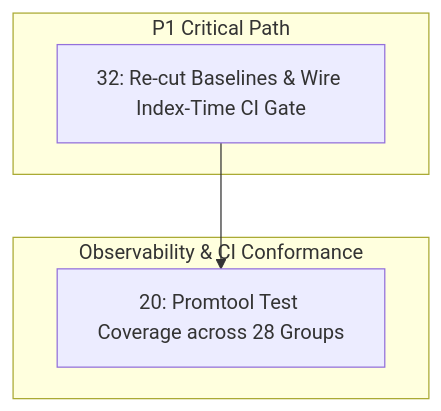
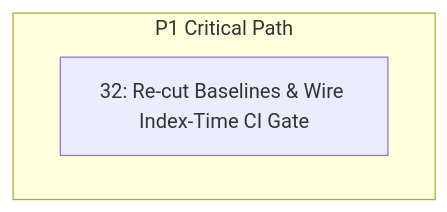
Before and after one commit to 23skdu/longbow: the diagram in docs/roadmap.md, drawn with Mermaid. The commit also changed other lines of this file, not shown here.

Commit message:
docs(roadmap): mark Item 20 complete in Section 6 changelog

````diff
--- a/docs/roadmap.md
+++ b/docs/roadmap.md
@@ -15,11 +14,6 @@
 ```mermaid
 graph TD
     subgraph P1["P1 Critical Path"]
         I32["32: Re-cut Baselines & Wire Index-Time CI Gate"]
     end
-    subgraph P3["Observability & CI Conformance"]
-        I20["20: Promtool Test Coverage across 28 Groups"]
-    end
-
-    I32 --> I20
 ```
````
